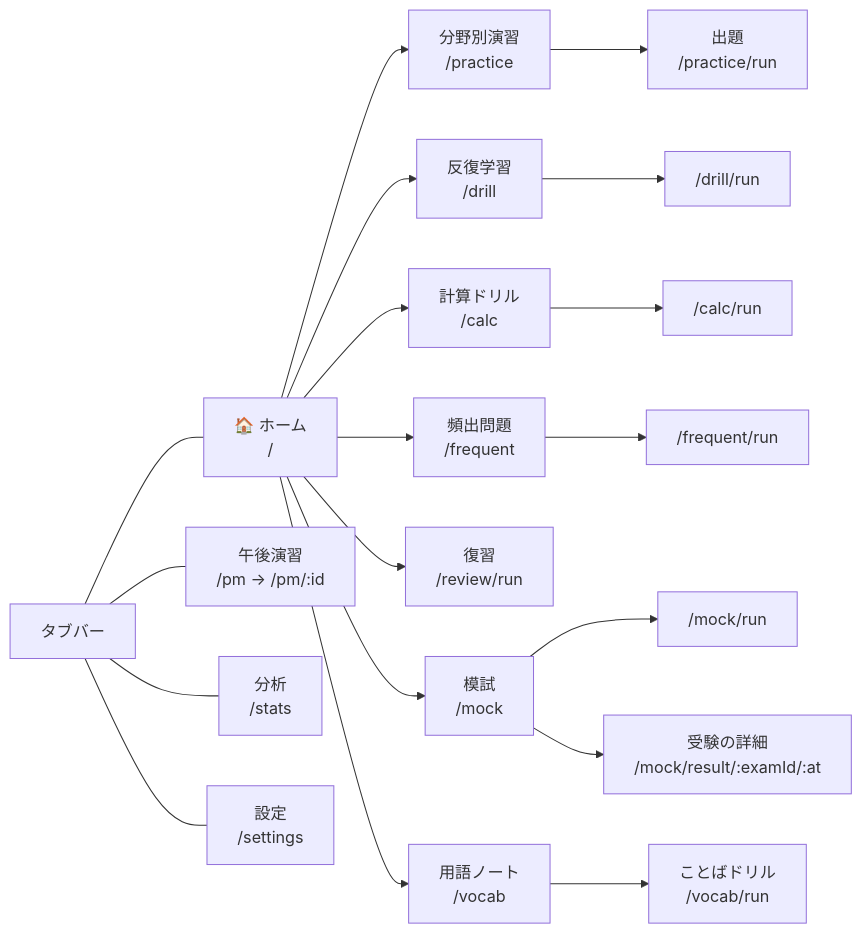
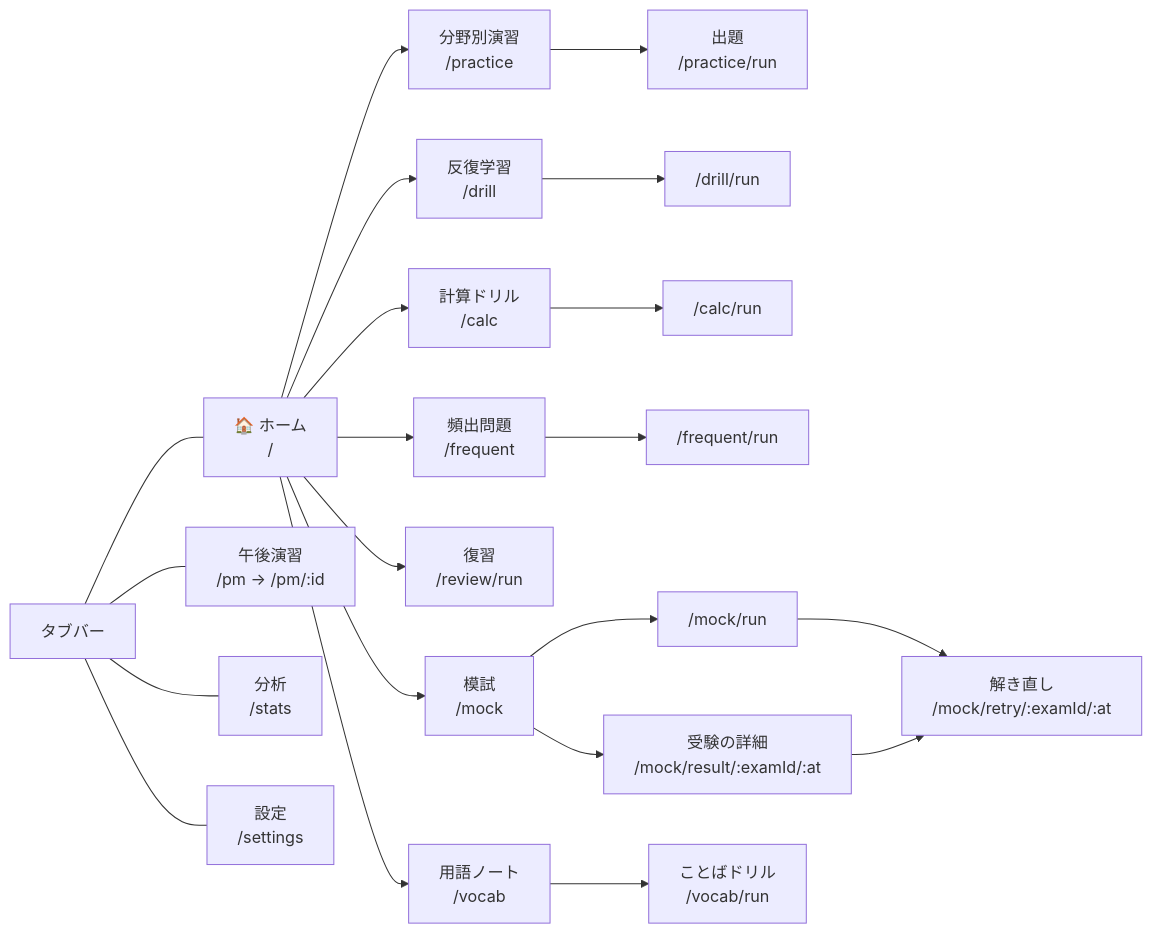
One commit to westplainblue/ap-study changed the diagram in docs/設計/機能マップ.md. Above: the diagram before and after it, drawn with Mermaid. The commit also changed other lines of this file and 10 other files, not shown here.

````diff
--- a/docs/設計/機能マップ.md
+++ b/docs/設計/機能マップ.md
@@ -35,15 +36,17 @@
 ```mermaid
 flowchart LR
   Home["🏠 ホーム<br/>/"] --> P1["分野別演習<br/>/practice"] --> P2["出題<br/>/practice/run"]
   Home --> D1["反復学習<br/>/drill"] --> D2["/drill/run"]
   Home --> C1["計算ドリル<br/>/calc"] --> C2["/calc/run"]
   Home --> F1["頻出問題<br/>/frequent"] --> F2["/frequent/run"]
   Home --> R["復習<br/>/review/run"]
   Home --> M1["模試<br/>/mock"] --> M2["/mock/run"]
   M1 --> M3["受験の詳細<br/>/mock/result/:examId/:at"]
+  M2 --> M4["解き直し<br/>/mock/retry/:examId/:at"]
+  M3 --> M4
   Home --> V1["用語ノート<br/>/vocab"] --> V2["ことばドリル<br/>/vocab/run"]
   Tab["タブバー"] --- Home
   Tab --- PM["午後演習<br/>/pm → /pm/:id"]
   Tab --- S["分析<br/>/stats"]
   Tab --- SET["設定<br/>/settings"]
 ```
````
